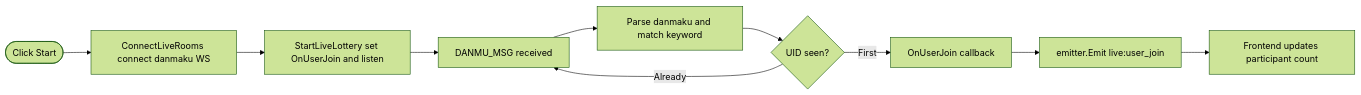
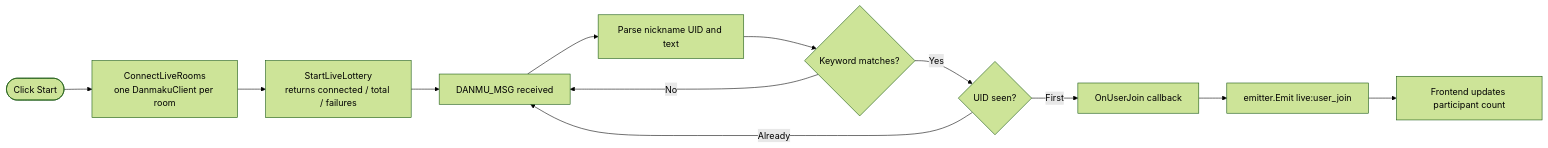
One commit to aDarkMaker/BiliLuckyDraw changed the first of 7 diagrams in docs/en/architecture/data-flow.md. Above: the diagram before and after it, drawn with Mermaid (forest theme). The commit also changed other lines of this file and 30 other files, not shown here.

````diff
--- a/docs/en/architecture/data-flow.md
+++ b/docs/en/architecture/data-flow.md
@@ -5,12 +5,14 @@
 ```mermaid
 flowchart LR
-    Start([Click Start]) --> Connect[ConnectLiveRooms connect danmaku WS]
-    Connect --> Listen[StartLiveLottery set OnUserJoin and listen]
+    Start([Click Start]) --> Connect["ConnectLiveRooms<br/>one DanmakuClient per room"]
+    Connect --> Listen["StartLiveLottery<br/>returns connected / total / failures"]
     Listen --> Danmaku[DANMU_MSG received]
-    Danmaku --> Parse[Parse danmaku and match keyword]
-    Parse --> Dedup{UID seen?}
+    Danmaku --> Parse[Parse nickname UID and text]
+    Parse --> Match{Keyword matches?}
+    Match -->|No| Danmaku
+    Match -->|Yes| Dedup{UID seen?}
     Dedup -->|First| Join[OnUserJoin callback]
     Dedup -->|Already| Danmaku
     Join --> Emit["emitter.Emit live:user_join"]
     Emit --> Front[Frontend updates participant count]
 ```
````
